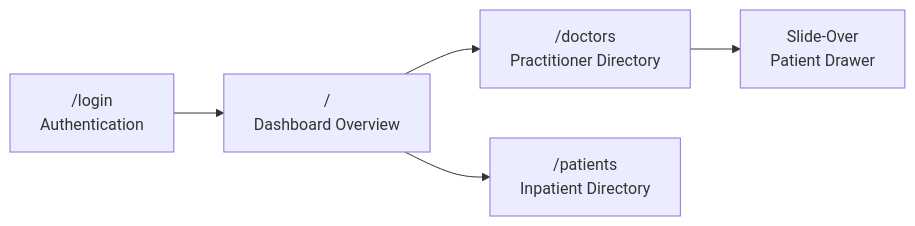
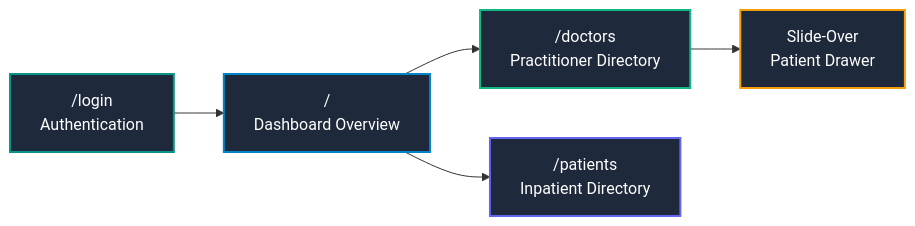
Before and after one commit to zihaduzzamaan/doctor-tracker: the first of 2 diagrams in client/README.md, drawn with Mermaid. The commit also changed other lines of this file and 13 other files, not shown here.

Commit message:
docs: resolve mermaid label collisions and synchronize standardized template across repositories

````diff
--- a/client/README.md
+++ b/client/README.md
@@ -83,7 +73,13 @@
 ```mermaid
 flowchart LR
     Login["/login<br/>Authentication"] --> Dash["/<br/>Dashboard Overview"]
     Dash --> Docs["/doctors<br/>Practitioner Directory"]
     Docs --> Drawer["Slide-Over<br/>Patient Drawer"]
     Dash --> Patients["/patients<br/>Inpatient Directory"]
+
+    style Login fill:#1E293B,stroke:#0D9488,stroke-width:2px,color:#ffffff
+    style Dash fill:#1E293B,stroke:#0284C7,stroke-width:2px,color:#ffffff
+    style Docs fill:#1E293B,stroke:#10B981,stroke-width:2px,color:#ffffff
+    style Drawer fill:#1E293B,stroke:#F59E0B,stroke-width:2px,color:#ffffff
+    style Patients fill:#1E293B,stroke:#6366F1,stroke-width:2px,color:#ffffff
 ```
````
